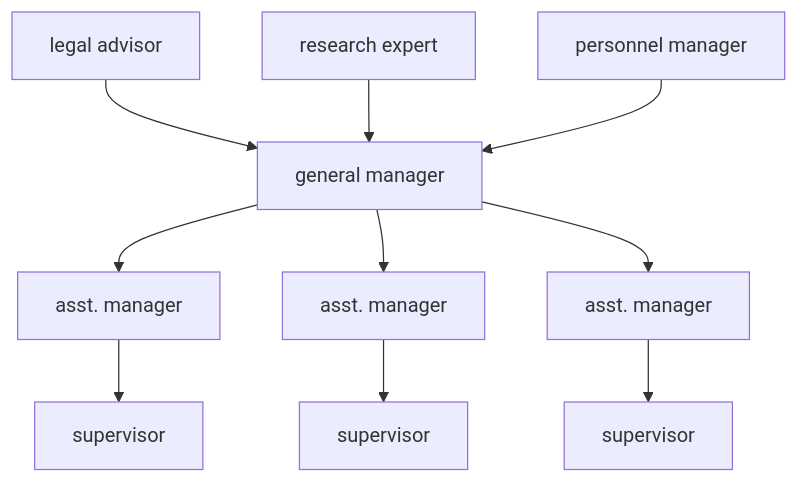
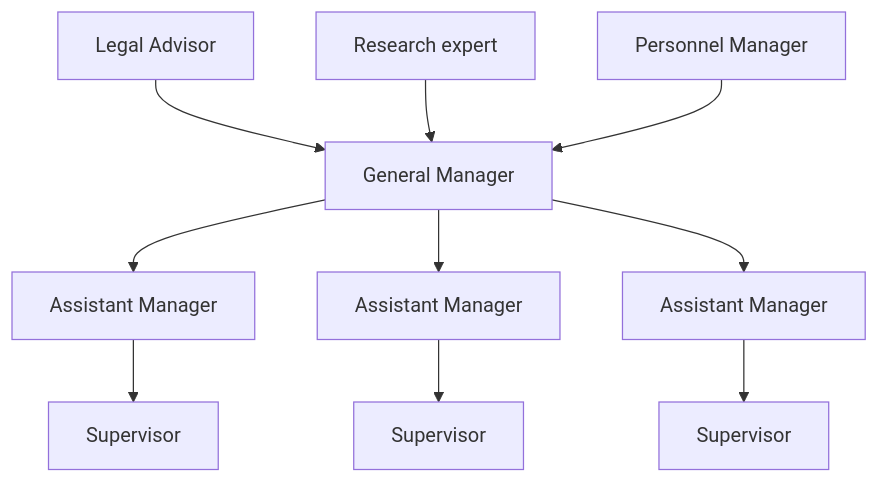
Before and after one commit to waraunika/Note-7thsem: the third of 3 diagrams in Organization and Management/Edited ones/Chapter 1 Introduction.md, drawn with Mermaid. The commit also changed other lines of this file and 13 other files, not shown here.

````diff
--- a/Organization and Management/Edited ones/Chapter 1 Introduction.md
+++ b/Organization and Management/Edited ones/Chapter 1 Introduction.md
@@ -500,12 +552,12 @@
 ```mermaid
 flowchart TD
-	 b[legal advisor] --> a[general manager]
-	 c[research expert] --> a
-	 d[personnel manager] --> a
-	 a --> e[asst. manager]
-	 a --> f[asst. manager]
-	 a --> g[asst. manager]
-	 e --> h[supervisor]
-	 f --> i[supervisor]
-	 g --> j[supervisor]
+    LA[Legal Advisor] --> GM[General Manager]
+    RE[Research expert] --> GM
+    PM[Personnel Manager] --> GM
+    GM --> AM1[Assistant Manager]
+    GM --> AM2[Assistant Manager]
+    GM --> AM3[Assistant Manager]
+    AM1 --> S1[Supervisor]
+    AM2 --> S2[Supervisor]
+    AM3 --> S3[Supervisor]
 ```
````
